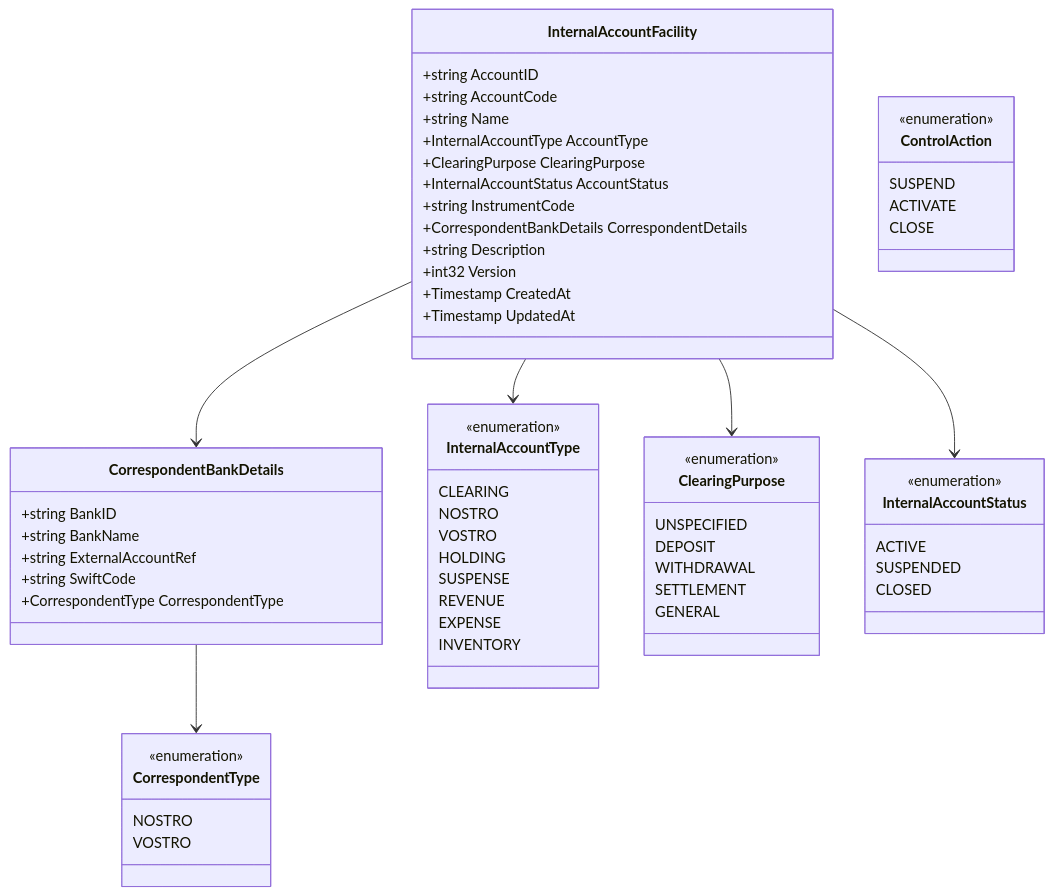
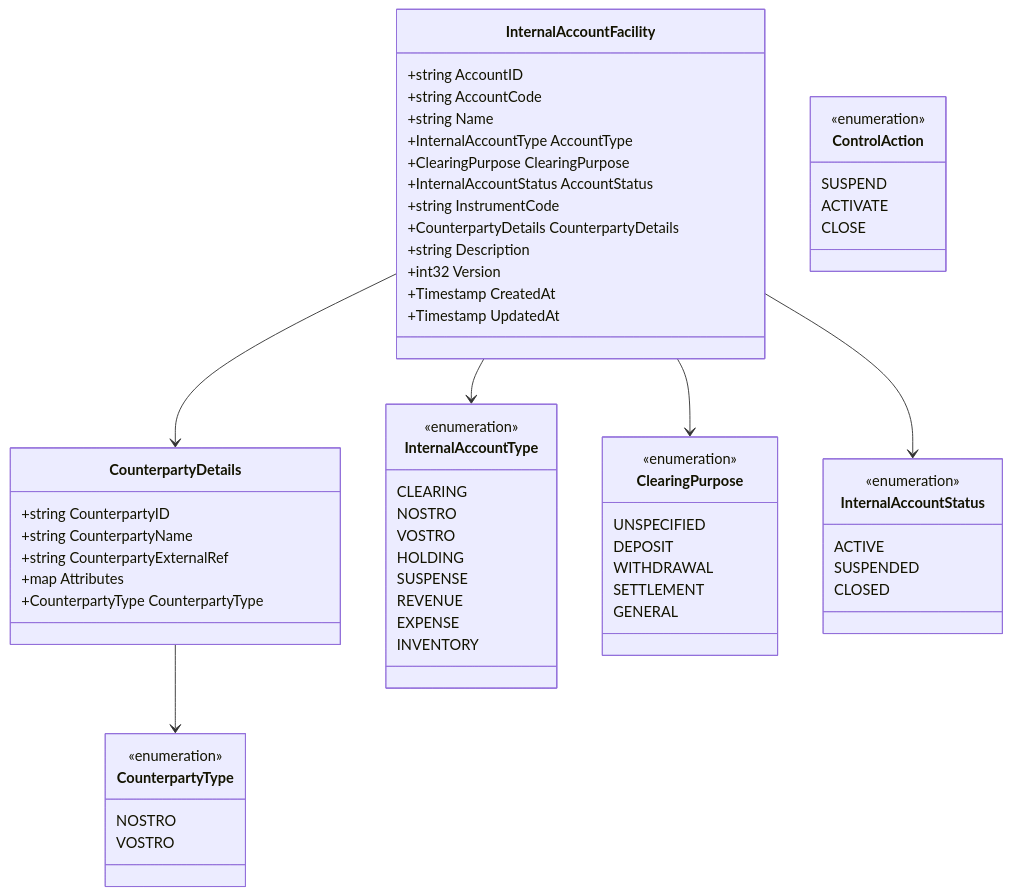
The first of 6 diagrams in services/internal-account/README.md (meridianhub/meridian), drawn with Mermaid before and after one commit. The commit also changed other lines of this file and 38 other files, not shown here.

First line of the commit message:
feat: rename correspondent terminology to counterparty in internal-account service

````diff
--- a/services/internal-account/README.md
+++ b/services/internal-account/README.md
@@ -190,72 +189,72 @@
 ```mermaid
 classDiagram
     class InternalAccountFacility {
         +string AccountID
         +string AccountCode
         +string Name
         +InternalAccountType AccountType
         +ClearingPurpose ClearingPurpose
         +InternalAccountStatus AccountStatus
         +string InstrumentCode
-        +CorrespondentBankDetails CorrespondentDetails
+        +CounterpartyDetails CounterpartyDetails
         +string Description
         +int32 Version
         +Timestamp CreatedAt
         +Timestamp UpdatedAt
     }
 
-    class CorrespondentBankDetails {
-        +string BankID
-        +string BankName
-        +string ExternalAccountRef
-        +string SwiftCode
-        +CorrespondentType CorrespondentType
+    class CounterpartyDetails {
+        +string CounterpartyID
+        +string CounterpartyName
+        +string CounterpartyExternalRef
+        +map Attributes
+        +CounterpartyType CounterpartyType
     }
 
     class InternalAccountType {
         <<enumeration>>
         CLEARING
         NOSTRO
         VOSTRO
         HOLDING
         SUSPENSE
         REVENUE
         EXPENSE
         INVENTORY
     }
 
     class ClearingPurpose {
         <<enumeration>>
         UNSPECIFIED
         DEPOSIT
         WITHDRAWAL
         SETTLEMENT
         GENERAL
     }
 
     class InternalAccountStatus {
         <<enumeration>>
         ACTIVE
         SUSPENDED
         CLOSED
     }
 
     class ControlAction {
         <<enumeration>>
         SUSPEND
         ACTIVATE
         CLOSE
     }
 
-    class CorrespondentType {
+    class CounterpartyType {
         <<enumeration>>
         NOSTRO
         VOSTRO
     }
 
     InternalAccountFacility --> InternalAccountType
     InternalAccountFacility --> ClearingPurpose
     InternalAccountFacility --> InternalAccountStatus
-    InternalAccountFacility --> CorrespondentBankDetails
-    CorrespondentBankDetails --> CorrespondentType
+    InternalAccountFacility --> CounterpartyDetails
+    CounterpartyDetails --> CounterpartyType
 ```
````
